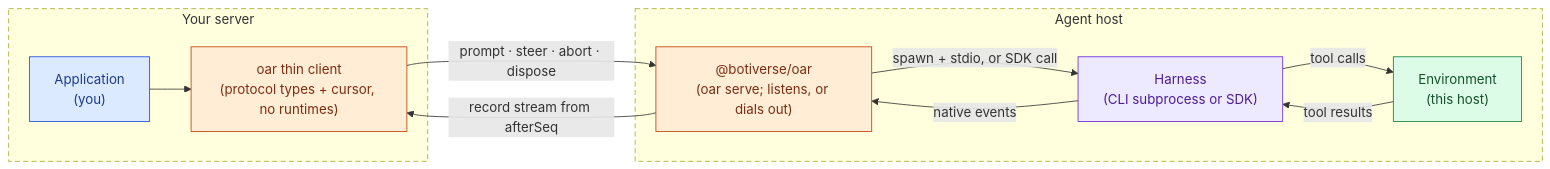
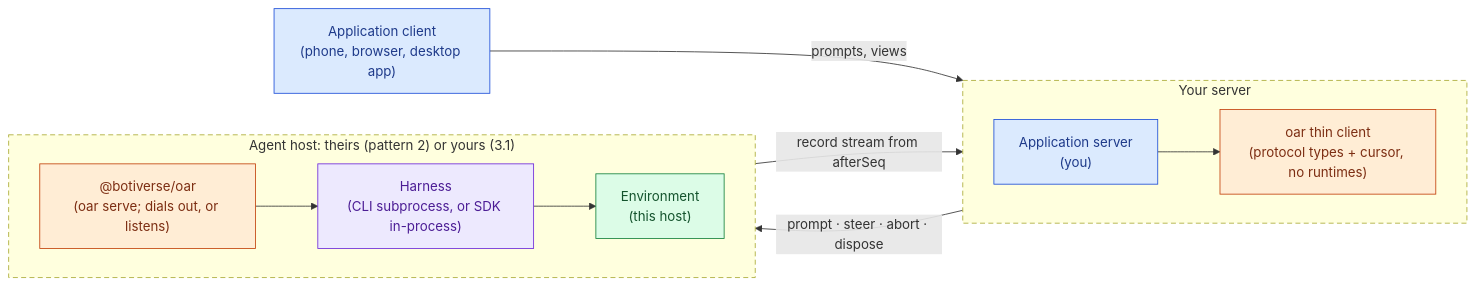
Before and after one commit to botiverse/oar: the tenth of 12 diagrams in docs/design/patterns.md, drawn with Mermaid. The commit also changed other lines of this file and 1 other file, not shown here.

First line of the commit message:
docs(design): rewrite deployment patterns around the client and server split

````diff
--- a/docs/design/patterns.md
+++ b/docs/design/patterns.md
@@ -765,25 +846,27 @@
 ```mermaid
 flowchart LR
-  subgraph app["Your server"]
-    App["Application<br/>(you)"]:::app
+  UserClient["Application client<br/>(phone, browser, desktop app)"]:::app
+  subgraph server["Your server"]
+    direction LR
+    App["Application server<br/>(you)"]:::app
     Client["oar thin client<br/>(protocol types + cursor, no runtimes)"]:::oar
+    App --> Client
   end
-  subgraph agenthost["Agent host"]
-    Service["@botiverse/oar<br/>(oar serve; listens, or dials out)"]:::oar
-    Harness["Harness<br/>(CLI subprocess or SDK)"]:::harness
+  subgraph agenthost["Agent host: theirs (pattern 2) or yours (3.1)"]
+    direction LR
+    Service["@botiverse/oar<br/>(oar serve; dials out, or listens)"]:::oar
+    Harness["Harness<br/>(CLI subprocess, or SDK in-process)"]:::harness
     Env["Environment<br/>(this host)"]:::env
+    Service --> Harness
+    Harness --> Env
   end
-  App --> Client
+  UserClient -- "prompts, views" --> App
   Client -- "prompt · steer · abort · dispose" --> Service
   Service -- "record stream from afterSeq" --> Client
-  Service -- "spawn + stdio, or SDK call" --> Harness
-  Harness -- "native events" --> Service
-  Harness -- "tool calls" --> Env
-  Env -- "tool results" --> Harness
-  style app stroke-dasharray: 6 4
+  style server stroke-dasharray: 6 4
   style agenthost stroke-dasharray: 6 4
   classDef app fill:#dbeafe,stroke:#1d4ed8,color:#1e3a8a
   classDef harness fill:#ede9fe,stroke:#6d28d9,color:#4c1d95
   classDef env fill:#dcfce7,stroke:#15803d,color:#14532d
   classDef oar fill:#ffedd5,stroke:#c2410c,color:#7c2d12
 ```
````
